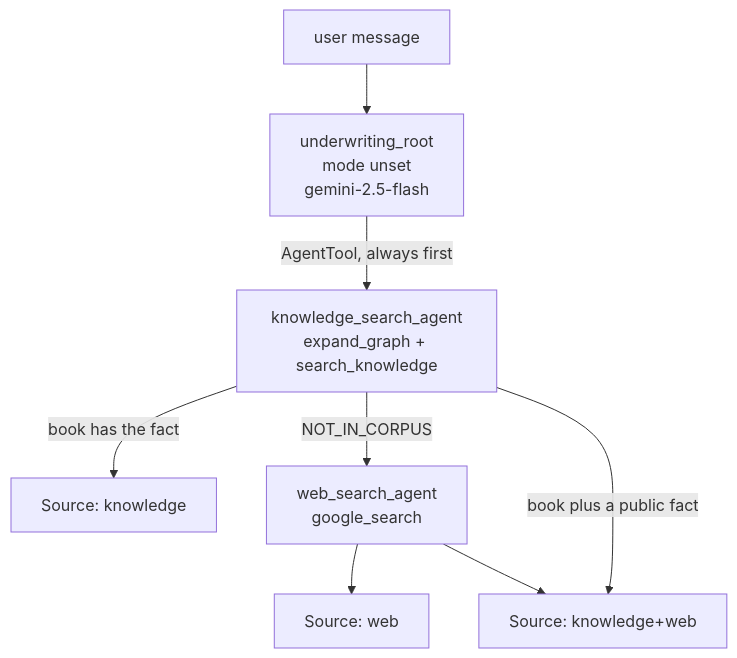
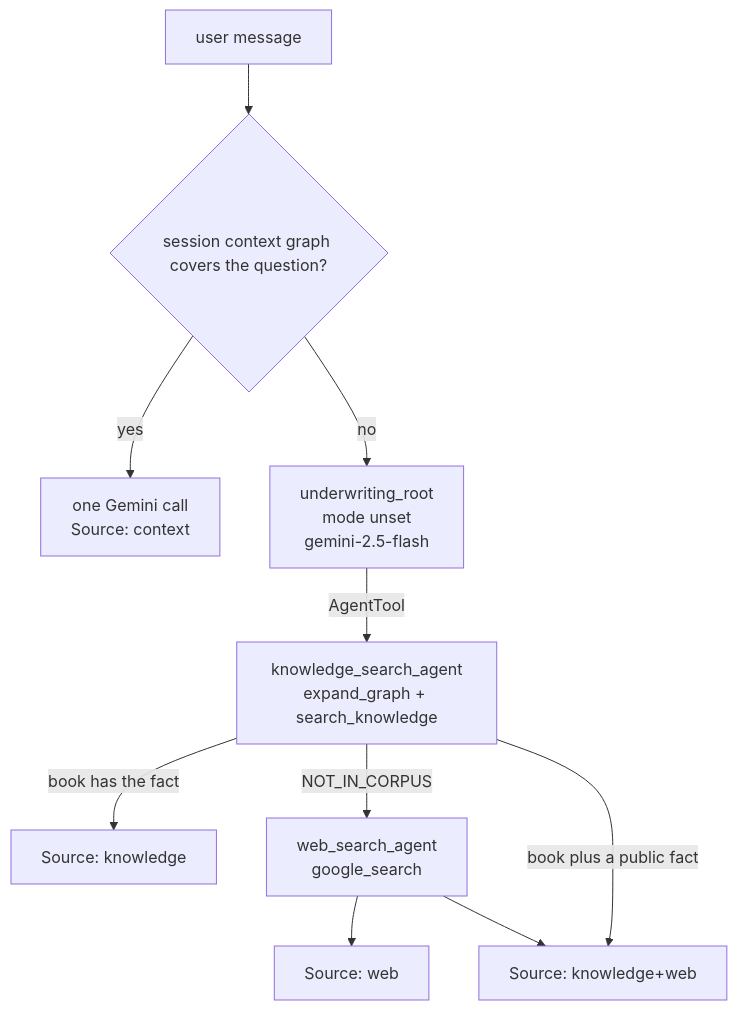
The fourth of 5 diagrams in README.md (sidramesh2024/llm_wiki), drawn with Mermaid before and after one commit. The commit also changed other lines of this file and 7 other files, not shown here.

Commit message:
Answer follow-ups from the session context graph so retrieval runs only for new entities.

````diff
--- a/README.md
+++ b/README.md
@@ -139,10 +141,12 @@
 ```mermaid
 flowchart TD
-  START["user message"] --> ROOT["underwriting_root<br/>mode unset<br/>gemini-2.5-flash"]
-  ROOT -->|"AgentTool, always first"| KNOW["knowledge_search_agent<br/>expand_graph + search_knowledge"]
+  START["user message"] --> COVER{"session context graph covers the question?"}
+  COVER -->|yes| FAST["one Gemini call<br/>Source: context"]
+  COVER -->|no| ROOT["underwriting_root<br/>mode unset<br/>gemini-2.5-flash"]
+  ROOT -->|"AgentTool"| KNOW["knowledge_search_agent<br/>expand_graph + search_knowledge"]
   KNOW -->|book has the fact| ANSWER["Source: knowledge"]
   KNOW -->|NOT_IN_CORPUS| WEB["web_search_agent<br/>google_search"]
   WEB --> WEBANS["Source: web"]
   KNOW -->|book plus a public fact| BOTH["Source: knowledge+web"]
   WEB --> BOTH
 ```
````
